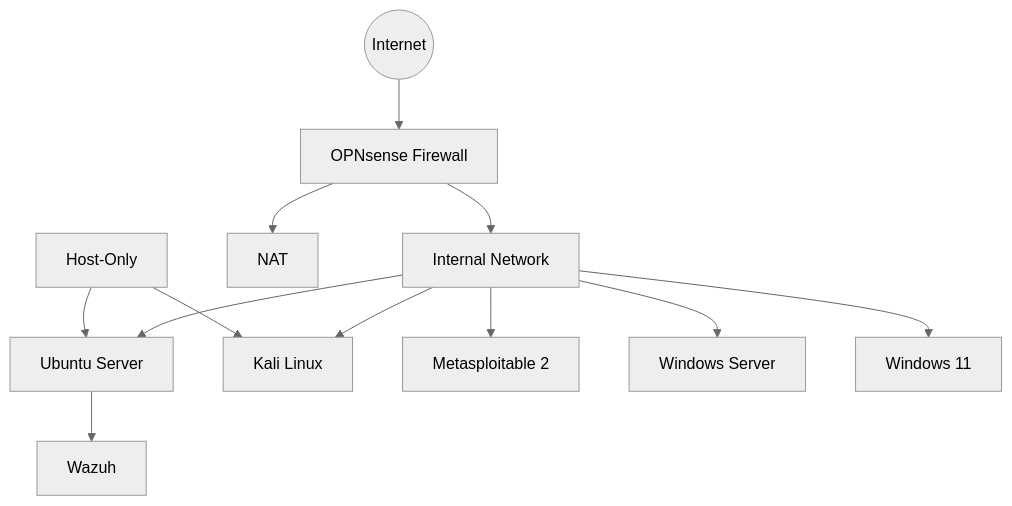
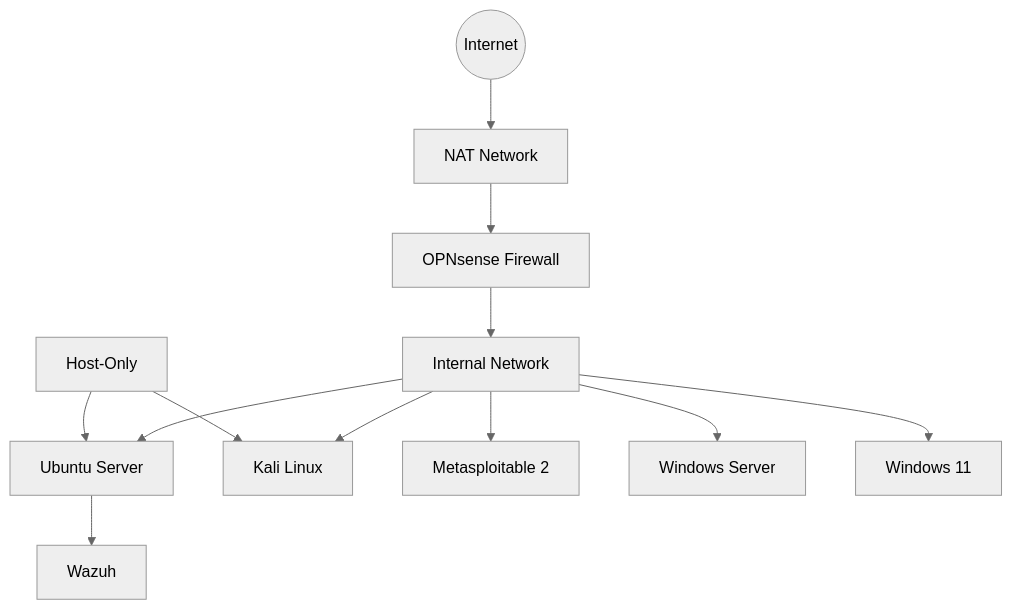
Before and after one commit to Nirus07/home-lab: the diagram in README.md, drawn with Mermaid (neutral theme).

Commit message:
Update architecture diagram in README

````diff
--- a/README.md
+++ b/README.md
@@ -7,18 +7,18 @@
 ```mermaid
 flowchart TD
-    A((Internet)) --> B[OPNsense Firewall]
+    A((Internet)) --> L[NAT Network]
+    L --> B[OPNsense Firewall]
     B --> C[Internal Network]
-    B --> L[NAT]
     E[Host-Only]
 
     C --> F[Ubuntu Server]
     E --> F[Ubuntu Server]
     C --> G[Kali Linux]
     E --> G[Kali Linux]
     C --> H[Metasploitable 2]
     C --> I[Windows Server]
     C --> J[Windows 11]
 
     F --> K[Wazuh]
     
 ```
````
